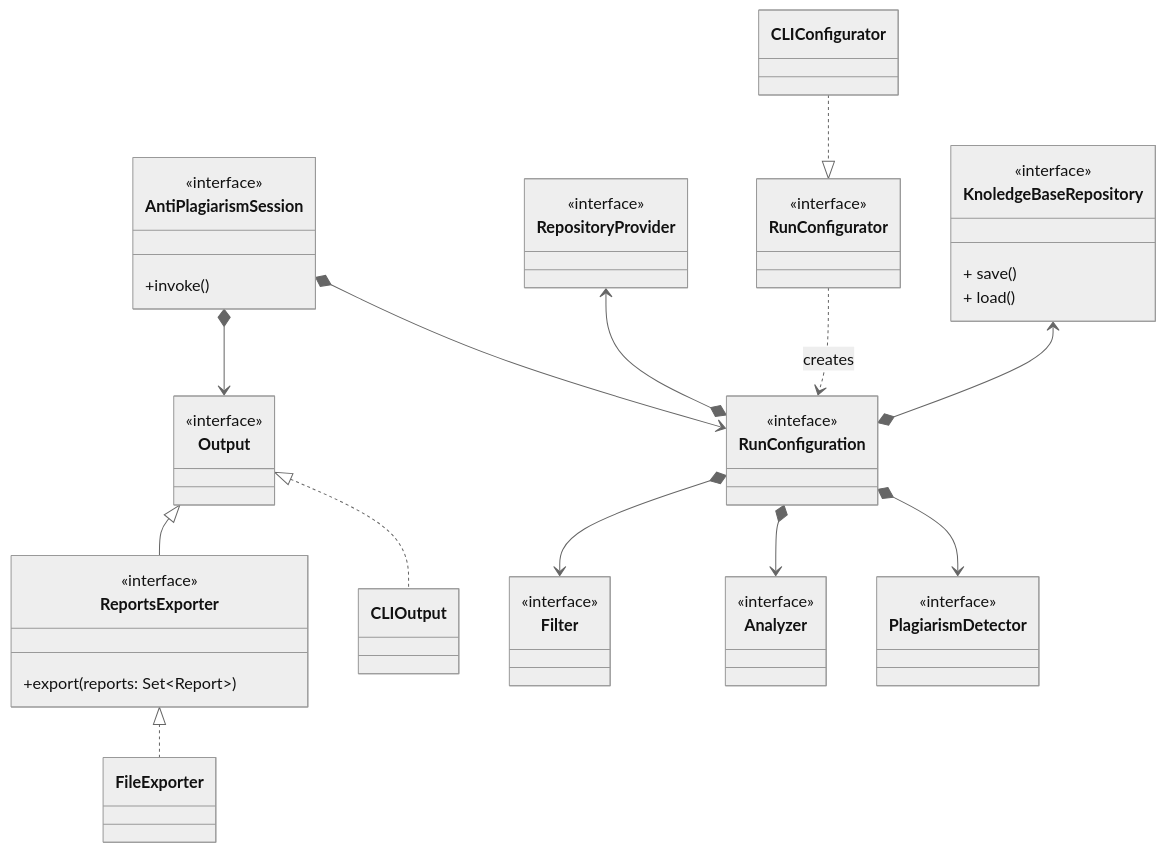
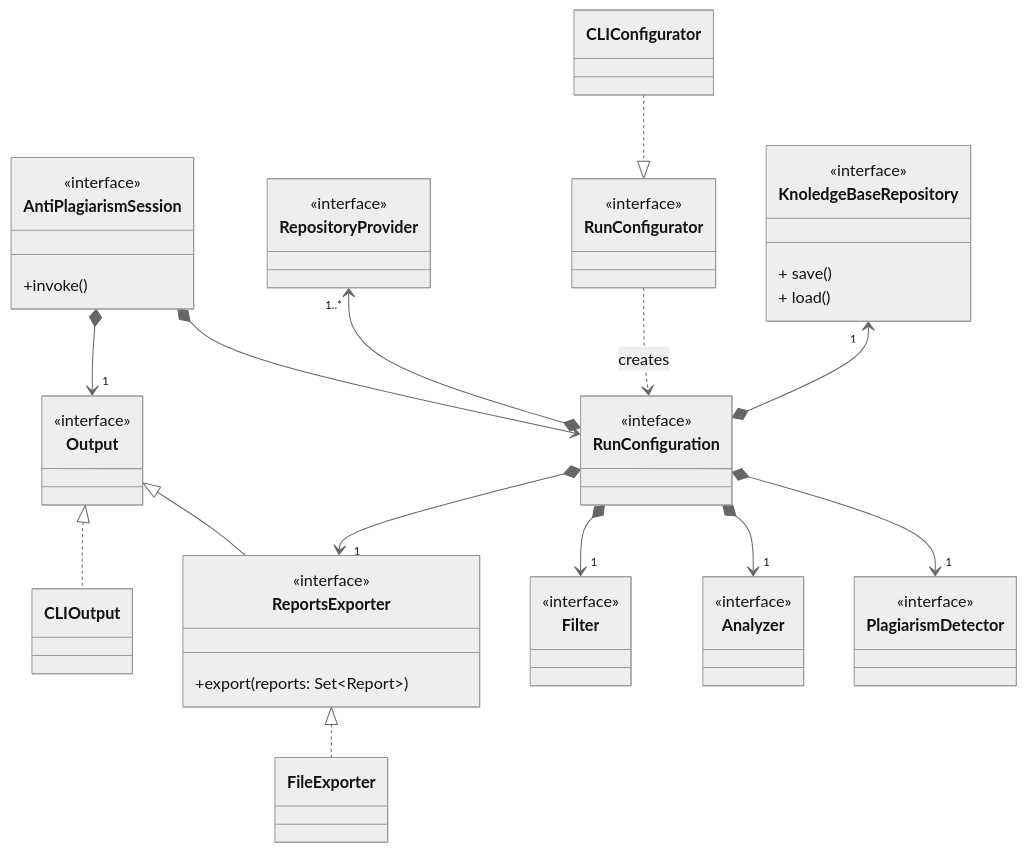
The second of 12 diagrams in doc.md (tassiLuca/code-plagiarism-detector-doc), drawn with Mermaid (neutral theme) before and after one commit.

````diff
--- a/doc.md
+++ b/doc.md
@@ -96,58 +96,59 @@
 ```mermaid
 classDiagram
 direction TB
     class AntiPlagiarismSession {
         <<interface>>
         +invoke()
     }
 
     class RepositoryProvider {
         <<interface>>
     }
-    RepositoryProvider <--* RunConfiguration
+    RepositoryProvider "1..*" <--* RunConfiguration
 
     class RunConfigurator {
         <<interface>>
     }
     CLIConfigurator ..|> RunConfigurator
 
     class RunConfiguration {
         <<inteface>>
     }
     RunConfigurator ..> RunConfiguration: creates
     AntiPlagiarismSession *--> RunConfiguration
 
     class PlagiarismDetector {
         <<interface>>
     }
-    RunConfiguration *--> PlagiarismDetector
+    RunConfiguration *--> "1" PlagiarismDetector
 
     class Analyzer {
         <<interface>>
     }
-    RunConfiguration *--> Analyzer
+    RunConfiguration *--> "1" Analyzer
 
     class Filter {
         <<interface>>
     }
-    RunConfiguration *--> Filter
+    RunConfiguration *--> "1" Filter
 
     class KnoledgeBaseRepository {
         <<interface>>
         + save()
         + load()
     }
-    KnoledgeBaseRepository <--* RunConfiguration
+    KnoledgeBaseRepository "1" <--* RunConfiguration
 
     class Output {
         <<interface>>
     }
-    Output <|.. CLIOutput
     class ReportsExporter {
         <<interface>>
         +export(reports: Set~Report~)
     }
     Output <|-- ReportsExporter
     ReportsExporter <|.. FileExporter
-    AntiPlagiarismSession *--> Output
+    RunConfiguration *--> "1" ReportsExporter
+    Output <|.. CLIOutput
+    AntiPlagiarismSession *--> "1" Output
 ```
````
